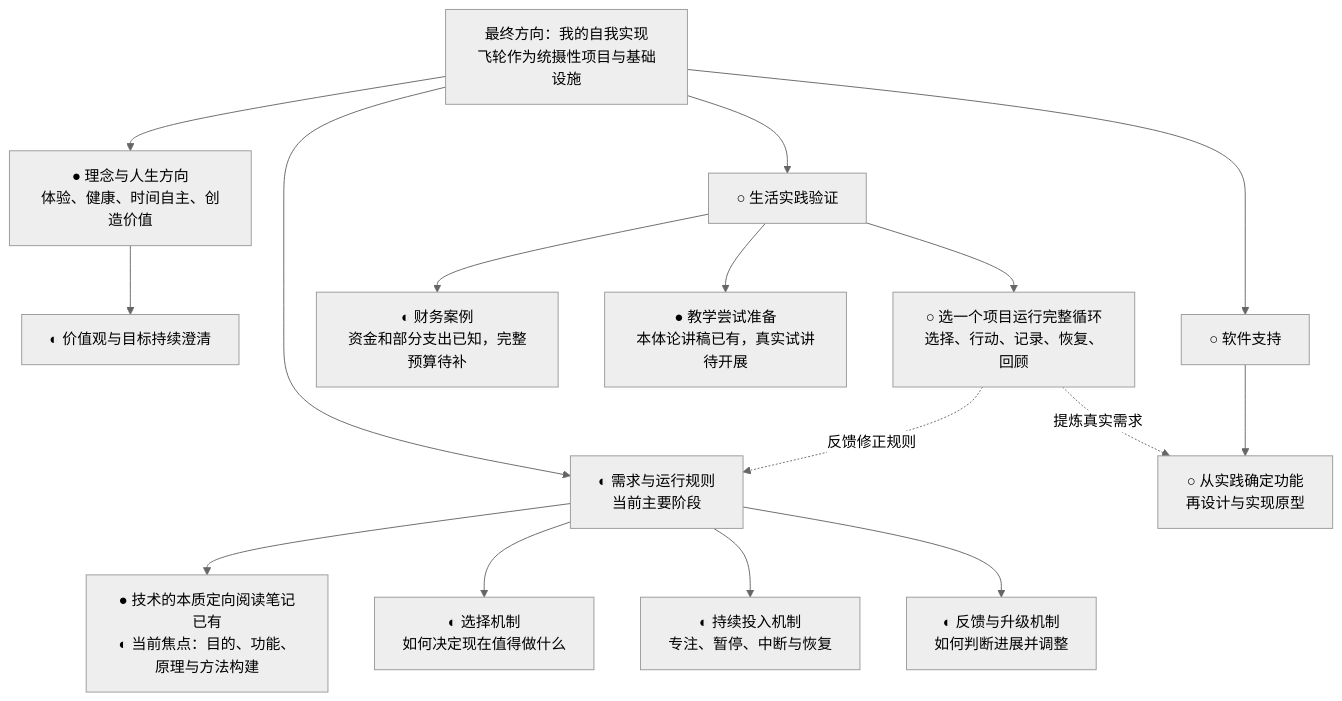
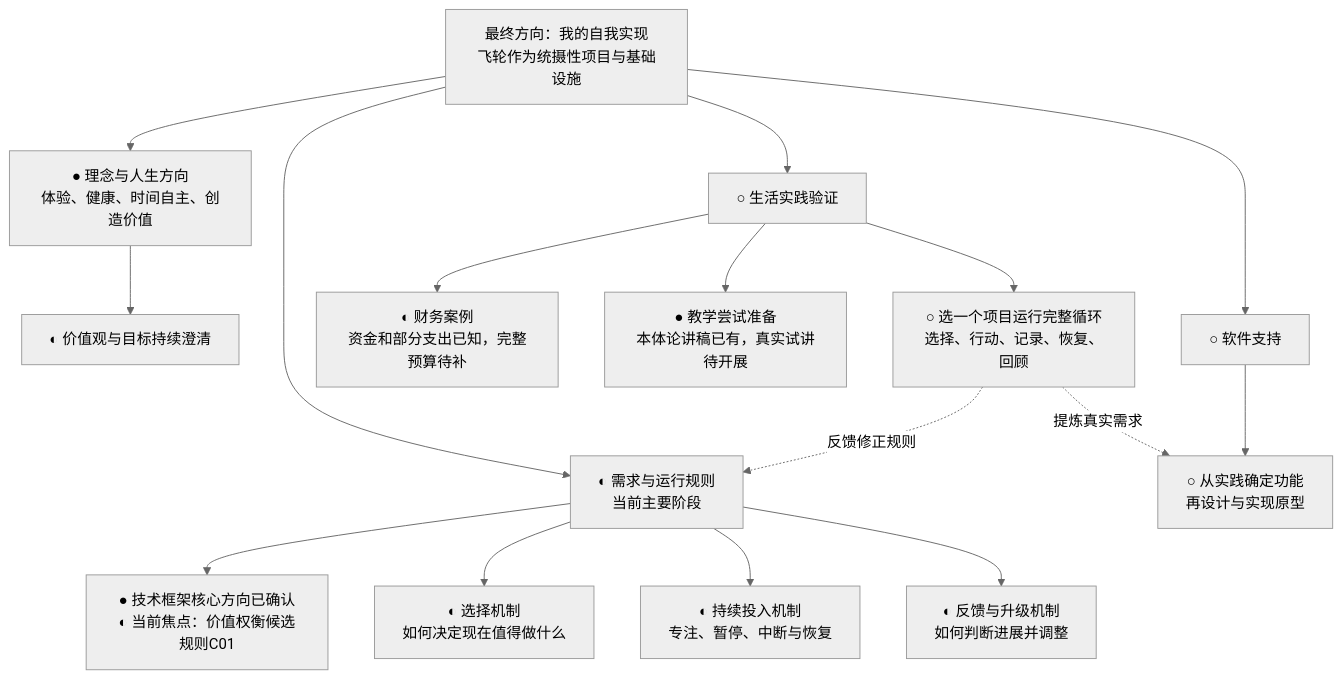
Before and after one commit to fangjiaqi2023-jpg/life-flywheel: the first of 2 diagrams in 项目/人生飞轮/项目推进图.md, drawn with Mermaid (neutral theme). The commit also changed other lines of this file, not shown here.

````diff
--- a/项目/人生飞轮/项目推进图.md
+++ b/项目/人生飞轮/项目推进图.md
@@ -11,22 +11,22 @@
 ```mermaid
 flowchart TD
     M[最终方向：我的自我实现<br/>飞轮作为统摄性项目与基础设施]
     M --> A[● 理念与人生方向<br/>体验、健康、时间自主、创造价值]
     M --> B[◐ 需求与运行规则<br/>当前主要阶段]
     M --> C[○ 生活实践验证]
     M --> D[○ 软件支持]
 
     A --> A1[◐ 价值观与目标持续澄清]
-    B --> B0[● 技术的本质定向阅读笔记已有<br/>◐ 当前焦点：目的、功能、原理与方法构建]
+    B --> B0[● 技术框架核心方向已确认<br/>◐ 当前焦点：价值权衡候选规则C01]
     B --> B1[◐ 选择机制<br/>如何决定现在值得做什么]
     B --> B2[◐ 持续投入机制<br/>专注、暂停、中断与恢复]
     B --> B3[◐ 反馈与升级机制<br/>如何判断进展并调整]
 
     C --> C1[◐ 财务案例<br/>资金和部分支出已知，完整预算待补]
     C --> C2[● 教学尝试准备<br/>本体论讲稿已有，真实试讲待开展]
     C --> C3[○ 选一个项目运行完整循环<br/>选择、行动、记录、恢复、回顾]
     D --> D1[○ 从实践确定功能<br/>再设计与实现原型]
 
     C3 -.反馈修正规则.-> B
     C3 -.提炼真实需求.-> D1
 ```
````
